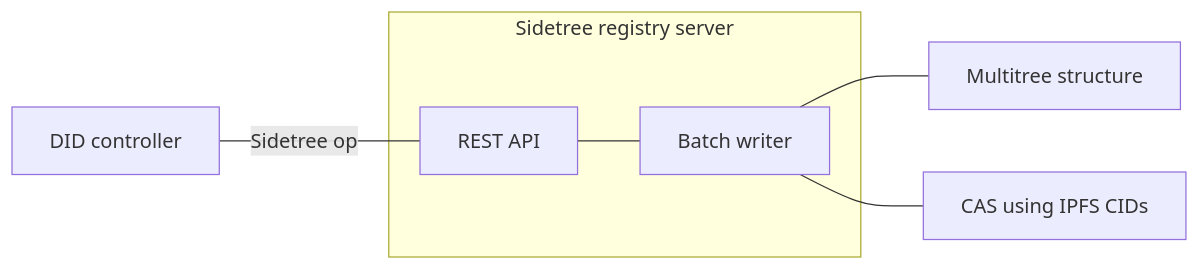
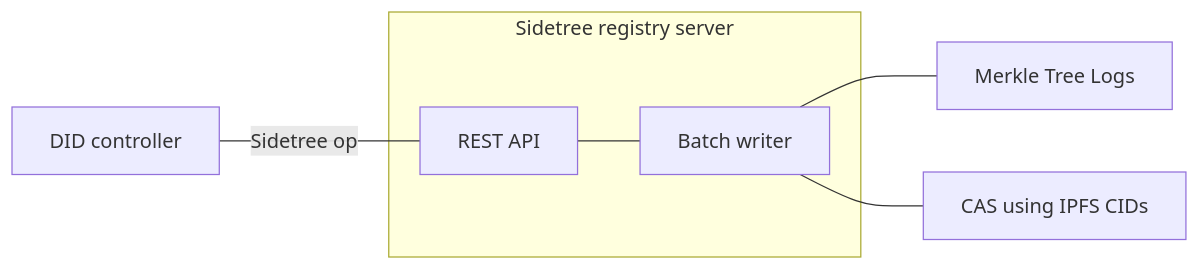
One commit to trustbloc/trustbloc-did-method changed the first of 7 diagrams in docs/whitepaper/federated_sidetree.md. Above: the diagram before and after it, drawn with Mermaid. The commit also changed other lines of this file, not shown here.

````diff
--- a/docs/whitepaper/federated_sidetree.md
+++ b/docs/whitepaper/federated_sidetree.md
@@ -32,10 +33,10 @@
 ```mermaid
 graph LR
     DC[DID controller] ---|Sidetree op| SPAPI[REST API]
     subgraph Sidetree registry server
         SPAPI
         SPAPI --- BW[Batch writer]
     end
-    BW --- MS[Multitree structure]
+    BW --- MS[Merkle Tree Logs]
     BW --- CAS[CAS using IPFS CIDs]
 ```
````
